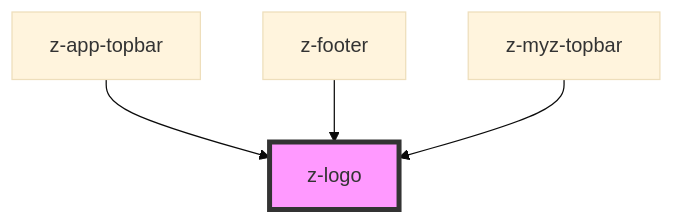
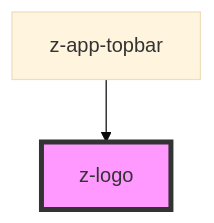
One commit to ZanichelliEditore/design-system changed the diagram in src/components/logo/z-logo/readme.md. Above: the diagram before and after it, drawn with Mermaid (base theme). The commit also changed other lines of this file and 22 other files, not shown here.

````diff
--- a/src/components/logo/z-logo/readme.md
+++ b/src/components/logo/z-logo/readme.md
@@ -44,7 +42,5 @@
 ```mermaid
 graph TD;
   z-app-topbar --> z-logo
-  z-footer --> z-logo
-  z-myz-topbar --> z-logo
   style z-logo fill:#f9f,stroke:#333,stroke-width:4px
 ```
````
